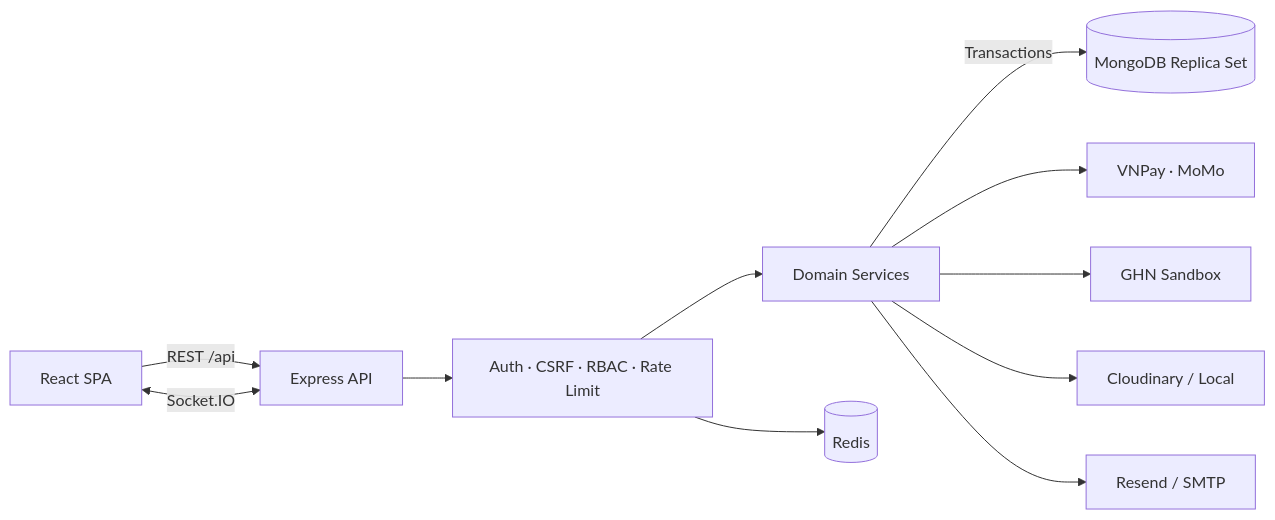
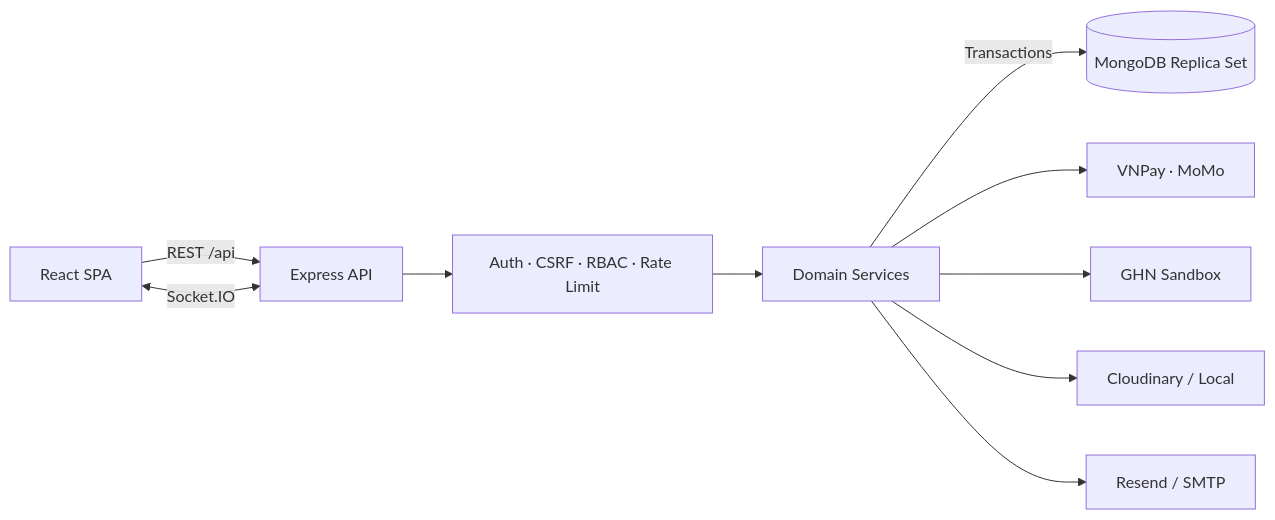
Before and after one commit to nkcuongdev/BookShop: the first of 2 diagrams in README.md, drawn with Mermaid. The commit also changed other lines of this file, not shown here.

Commit message:
docs: remove Redis and Docker references from README

````diff
--- a/README.md
+++ b/README.md
@@ -59,13 +59,12 @@
 ```mermaid
 flowchart LR
     Browser[React SPA] -->|REST /api| API[Express API]
     Browser <-->|Socket.IO| API
     API --> Guard[Auth · CSRF · RBAC · Rate Limit]
     Guard --> Services[Domain Services]
     Services -->|Transactions| Mongo[(MongoDB Replica Set)]
-    Guard --> Redis[(Redis)]
     Services --> Payment[VNPay · MoMo]
     Services --> Shipping[GHN Sandbox]
     Services --> Storage[Cloudinary / Local]
     Services --> Email[Resend / SMTP]
 ```
````
